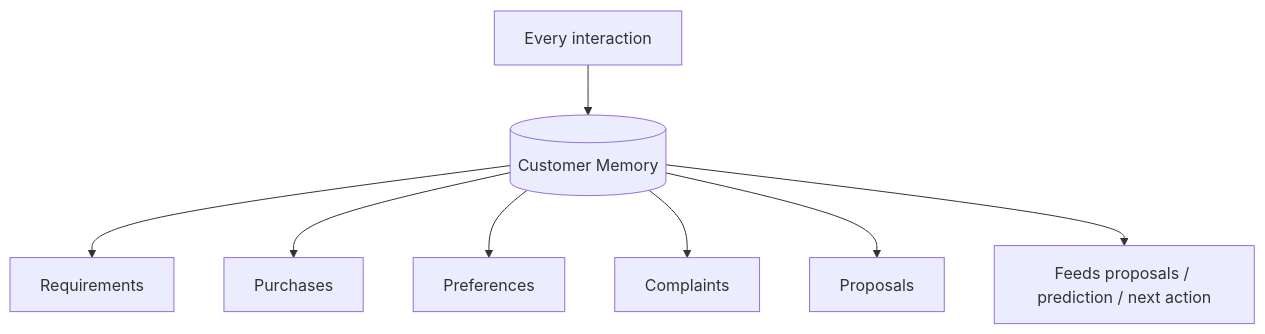
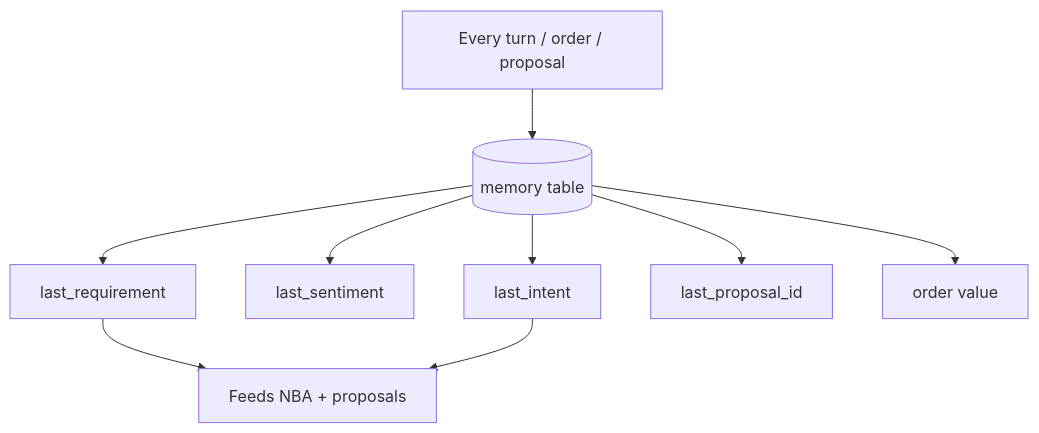
One commit to Gags-31/HubSpot-AI-CRM changed the diagram in docs/architecture/10-customer-memory.md. Above: the diagram before and after it, drawn with Mermaid. The commit also changed other lines of this file and 62 other files, not shown here.

````diff
--- a/docs/architecture/10-customer-memory.md
+++ b/docs/architecture/10-customer-memory.md
@@ -9,10 +9,11 @@
 ```mermaid
 flowchart TD
-  I[Every interaction] --> M[(Customer Memory)]
-  M --> R1[Requirements]
-  M --> R2[Purchases]
-  M --> R3[Preferences]
-  M --> R4[Complaints]
-  M --> R5[Proposals]
-  M --> N[Feeds proposals / prediction / next action]
+  I[Every turn / order / proposal] --> M[(memory table)]
+  M --> R1[last_requirement]
+  M --> R2[last_sentiment]
+  M --> R3[last_intent]
+  M --> R4[last_proposal_id]
+  M --> R5[order value]
+  R1 --> N[Feeds NBA + proposals]
+  R3 --> N
 ```
````
